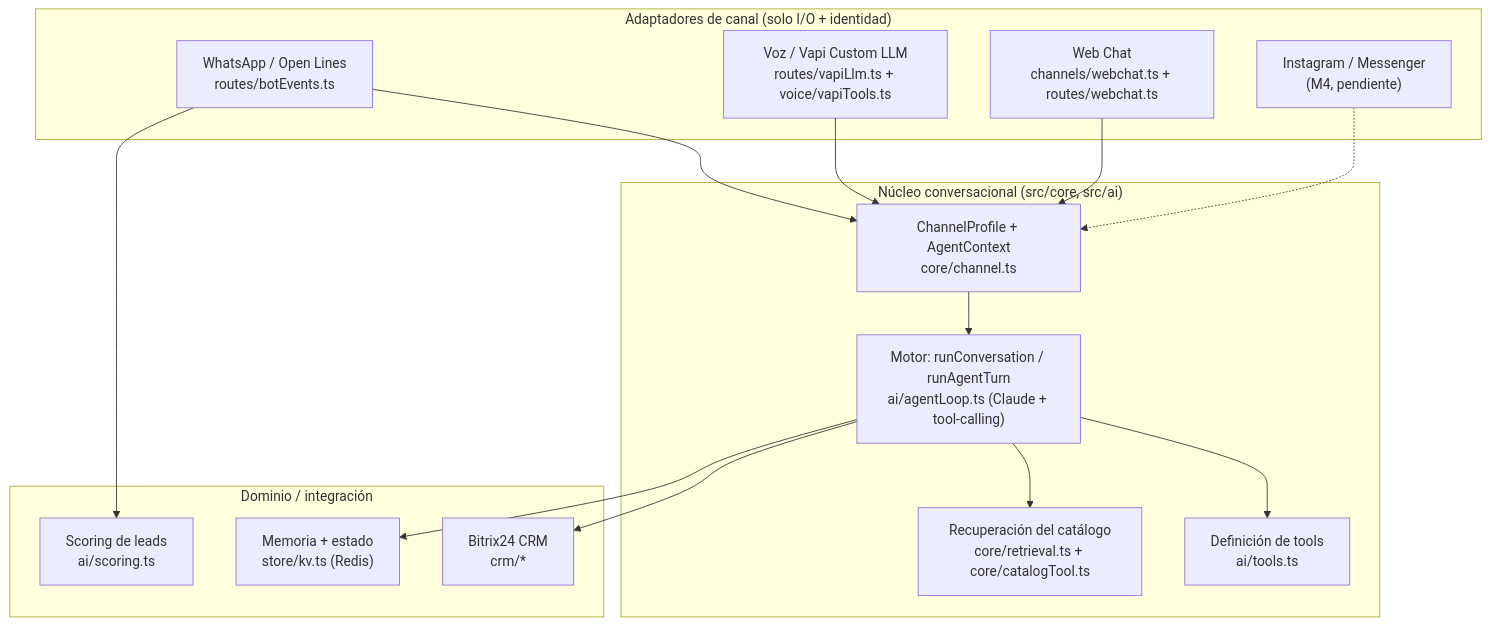
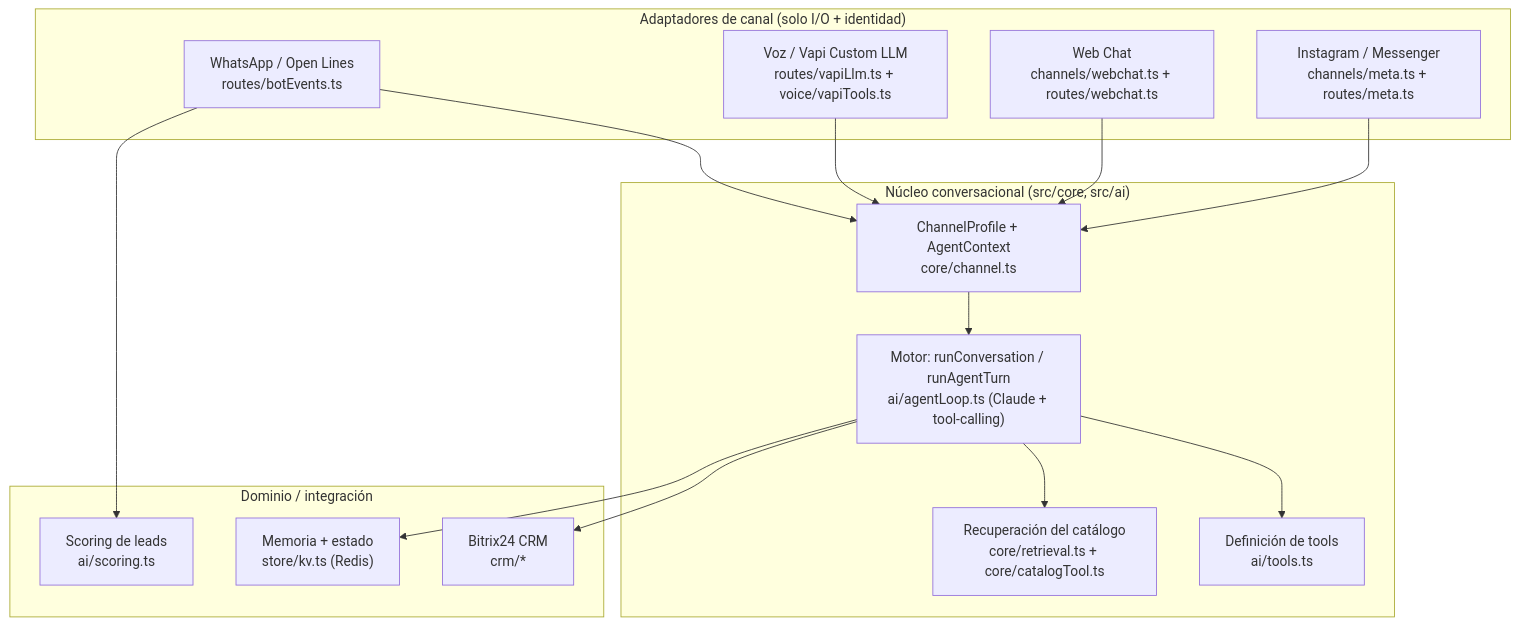
One commit to nachokm2/botbitrix24 changed the diagram in docs/ARQUITECTURA-OMNICANAL.md. Above: the diagram before and after it, drawn with Mermaid. The commit also changed other lines of this file and 11 other files, not shown here.

First line of the commit message:
feat(meta): M4 — canales Instagram y Messenger sobre el nucleo compartido

````diff
--- a/docs/ARQUITECTURA-OMNICANAL.md
+++ b/docs/ARQUITECTURA-OMNICANAL.md
@@ -35,33 +35,33 @@
 ```mermaid
 flowchart TB
   subgraph ADAPT["Adaptadores de canal (solo I/O + identidad)"]
     WA["WhatsApp / Open Lines\nroutes/botEvents.ts"]
     VZ["Voz / Vapi Custom LLM\nroutes/vapiLlm.ts + voice/vapiTools.ts"]
     WC["Web Chat\nchannels/webchat.ts + routes/webchat.ts"]
-    IG["Instagram / Messenger\n(M4, pendiente)"]
+    IG["Instagram / Messenger\nchannels/meta.ts + routes/meta.ts"]
   end
 
   subgraph CORE["Núcleo conversacional (src/core, src/ai)"]
     PROF["ChannelProfile + AgentContext\ncore/channel.ts"]
     ENG["Motor: runConversation / runAgentTurn\nai/agentLoop.ts (Claude + tool-calling)"]
     TOOLS["Definición de tools\nai/tools.ts"]
     RET["Recuperación del catálogo\ncore/retrieval.ts + core/catalogTool.ts"]
   end
 
   subgraph DOM["Dominio / integración"]
     CRM["Bitrix24 CRM\ncrm/*"]
     SCORE["Scoring de leads\nai/scoring.ts"]
     MEM["Memoria + estado\nstore/kv.ts (Redis)"]
   end
 
   WA --> PROF
   VZ --> PROF
   WC --> PROF
-  IG -.-> PROF
+  IG --> PROF
   PROF --> ENG
   ENG --> TOOLS
   ENG --> RET
   ENG --> CRM
   ENG --> MEM
   WA --> SCORE
 ```
````
